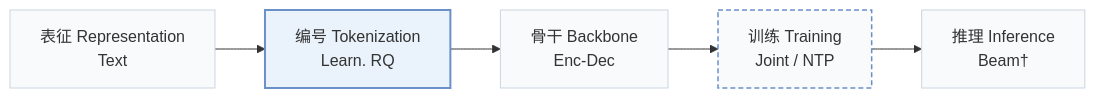
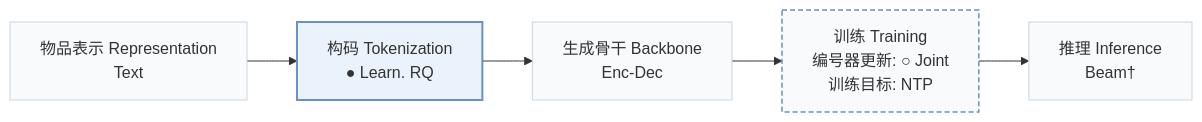
Before and after one commit to Galaxy-ghost/Awesome-SID-Generative-Rec: the first of 2 diagrams in pages/zh/papers/diger.md, drawn with Mermaid. The commit also changed other lines of this file and 558 other files, not shown here.

````diff
--- a/pages/zh/papers/diger.md
+++ b/pages/zh/papers/diger.md
@@ -15,10 +18,10 @@
 ```mermaid
 flowchart LR
-    R["表征 Representation<br/>Text"] --> T["编号 Tokenization<br/>Learn. RQ"] --> B["骨干 Backbone<br/>Enc-Dec"] --> TR["训练 Training<br/>Joint / NTP"] --> I["推理 Inference<br/>Beam†"]
+    R["物品表示 Representation<br/>Text"] --> T["构码 Tokenization<br/>● Learn. RQ"] --> B["生成骨干 Backbone<br/>Enc-Dec"] --> TR["训练 Training<br/>编号器更新: ○ Joint<br/>训练目标: NTP"] --> I["推理 Inference<br/>Beam†"]
     classDef base fill:#f8fafc,stroke:#cbd5e1
     class R,T,B,TR,I base
-    classDef also fill:#f8fafc,stroke:#6b8fc7,stroke-width:1.5px,stroke-dasharray:5 3
-    class TR also
+    classDef other fill:#f8fafc,stroke:#6b8fc7,stroke-width:1.5px,stroke-dasharray:5 3
+    class TR other
     classDef main fill:#eaf2fb,stroke:#6b8fc7,stroke-width:2px
     class T main
 ```
````
